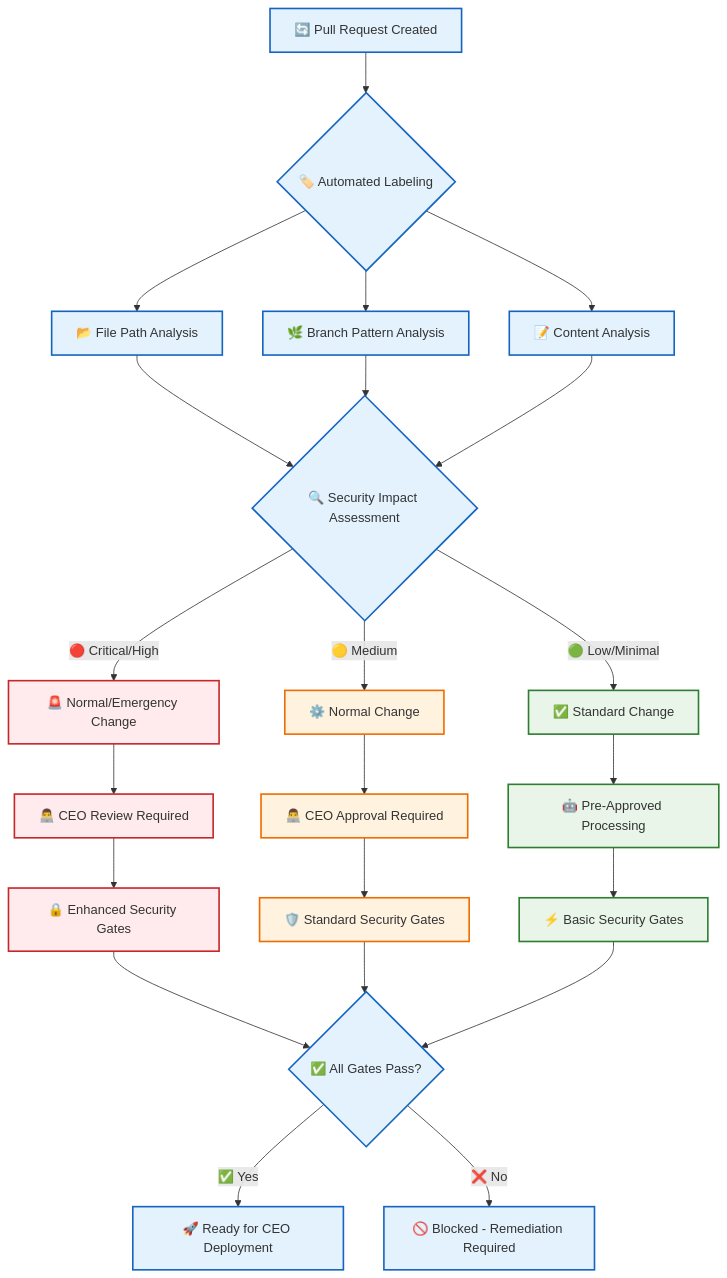
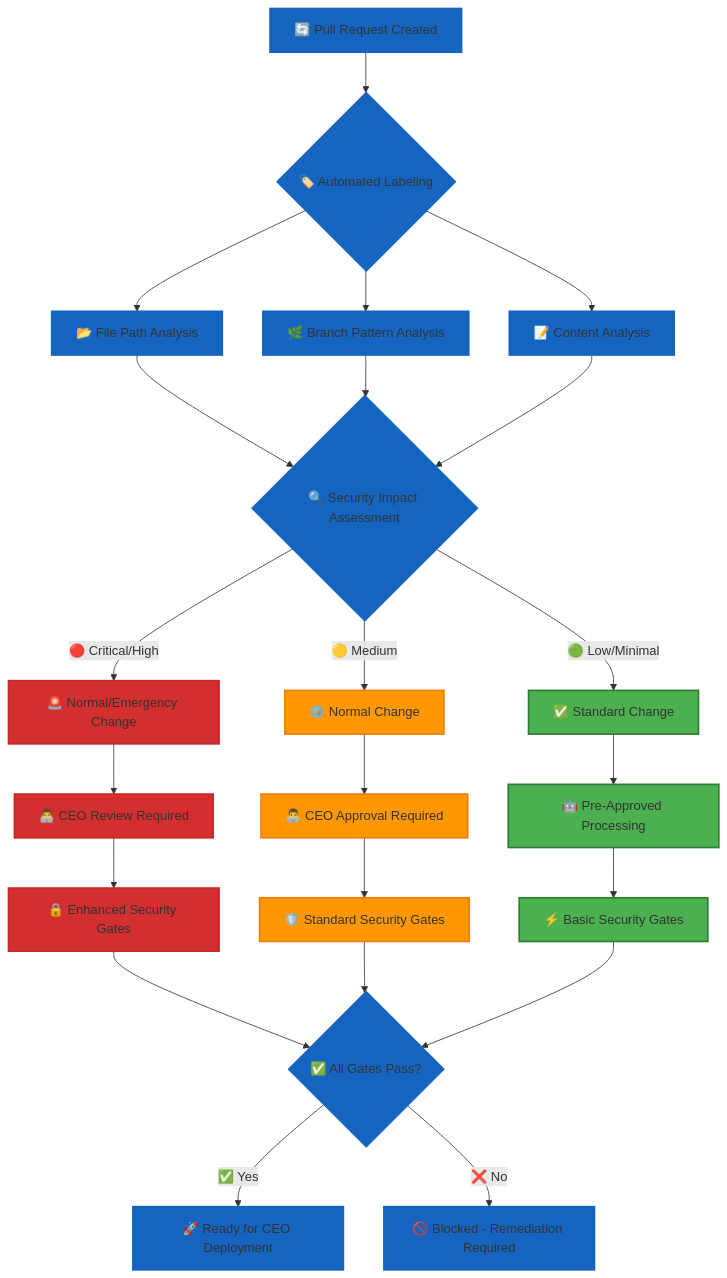
The first of 2 diagrams in Change_Management.md (Hack23/ISMS-PUBLIC), drawn with Mermaid before and after one commit. The commit also changed other lines of this file, not shown here.

````diff
--- a/Change_Management.md
+++ b/Change_Management.md
@@ -193,41 +195,41 @@
 ```mermaid
 graph TD
     A[🔄 Pull Request Created] --> B{🏷️ Automated Labeling}
     
     B --> C[📂 File Path Analysis]
     B --> D[🌿 Branch Pattern Analysis] 
     B --> E[📝 Content Analysis]
     
     C --> F{🔍 Security Impact Assessment}
     D --> F
     E --> F
     
     F -->|🔴 Critical/High| G[🚨 Normal/Emergency Change]
     F -->|🟡 Medium| H[⚙️ Normal Change]
     F -->|🟢 Low/Minimal| I[✅ Standard Change]
     
     G --> J[👨‍💻 CEO Review Required]
     H --> K[👨‍💻 CEO Approval Required] 
     I --> L[🤖 Pre-Approved Processing]
     
     J --> M[🔒 Enhanced Security Gates]
     K --> N[🛡️ Standard Security Gates]
     L --> O[⚡ Basic Security Gates]
     
     M --> P{✅ All Gates Pass?}
     N --> P
     O --> P
     
     P -->|✅ Yes| Q[🚀 Ready for CEO Deployment]
     P -->|❌ No| R[🚫 Blocked - Remediation Required]
     
-    classDef critical fill:#ffebee,stroke:#c62828,stroke-width:2px
-    classDef normal fill:#fff3e0,stroke:#ef6c00,stroke-width:2px
-    classDef standard fill:#e8f5e8,stroke:#2e7d32,stroke-width:2px
-    classDef process fill:#e3f2fd,stroke:#1565c0,stroke-width:2px
+    classDef critical fill:#D32F2F,stroke:#c62828,stroke-width:2px
+    classDef normal fill:#FF9800,stroke:#F57C00,stroke-width:2px
+    classDef standard fill:#4CAF50,stroke:#2e7d32,stroke-width:2px
+    classDef process fill:#1565C0,stroke:#1565c0,stroke-width:2px
     
     class G,J,M critical
     class H,K,N normal
     class I,L,O standard
     class A,B,C,D,E,F,P,Q,R process
 ```
````
